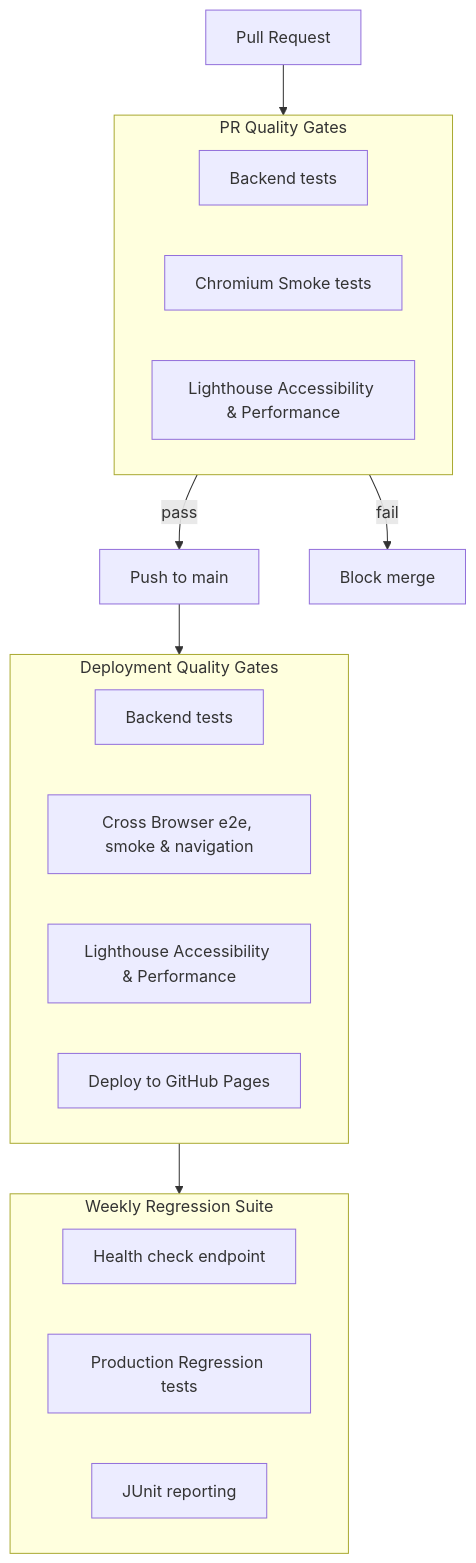
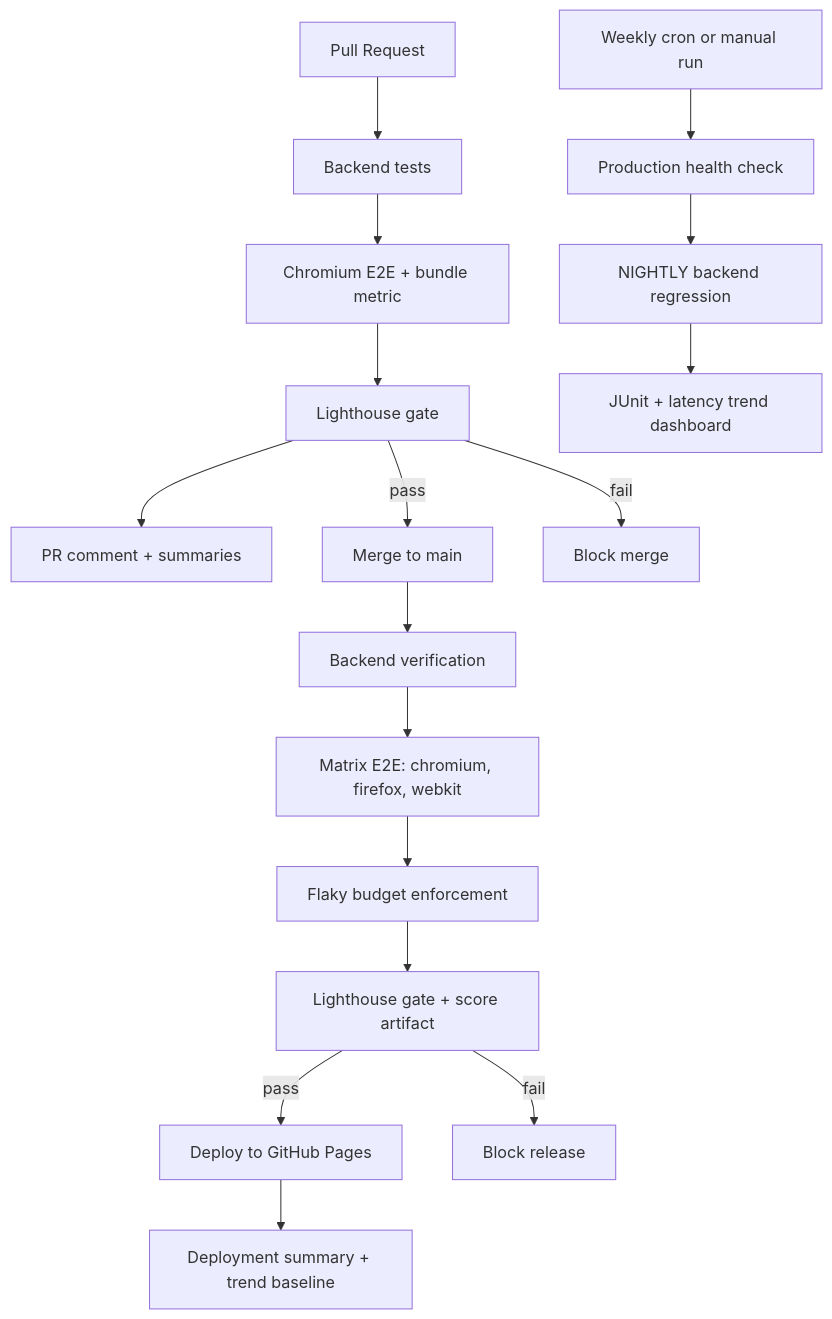
The third of 4 diagrams in README.md (David101111101/PortfolioReactAppRepo), drawn with Mermaid before and after one commit. The commit also changed other lines of this file and 9 other files, not shown here.

````diff
--- a/README.md
+++ b/README.md
@@ -109,32 +102,21 @@
 ```mermaid
 flowchart TD
-   PR[Pull Request] --> PRGate
+   PR[Pull Request] --> PRBackend[Backend tests]
+   PRBackend --> PRE2E[Chromium E2E + bundle metric]
+   PRE2E --> PRLH[Lighthouse gate]
+   PRLH --> PRComment[PR comment + summaries]
+   PRLH -->|pass| Merge[Merge to main]
+   PRLH -->|fail| BlockMerge[Block merge]
 
-   subgraph PRGate[PR Quality Gates]
-      PRBackend[Backend tests]
-      PRE2E[Chromium Smoke tests]
-      PRLH[Lighthouse Accessibility & Performance]
-   end
+   Merge --> DepBackend[Backend verification]
+   DepBackend --> DepE2E[Matrix E2E: chromium, firefox, webkit]
+   DepE2E --> FlakyBudget[Flaky budget enforcement]
+   FlakyBudget --> DepLH[Lighthouse gate + score artifact]
+   DepLH -->|pass| Pages[Deploy to GitHub Pages]
+   DepLH -->|fail| BlockRelease[Block release]
+   Pages --> ReleaseSummary[Deployment summary + trend baseline]
 
-   PRGate -->|pass| MainPush[Push to main]
-   PRGate -->|fail| BlockMerge[Block merge]
-
-   MainPush --> DeployGate
-   subgraph DeployGate[Deployment Quality Gates]
-      DepBackend[Backend tests]
-      DepE2E[Cross Browser e2e, smoke & navigation]
-      DepLH[Lighthouse Accessibility & Performance]
-      Pages[Deploy to GitHub Pages]
-   end
-
-   DeployGate --> 
-   Weekly[Weekly scheduled regression]
-   
-   subgraph Weekly[Weekly Regression Suite]
-
-   
-      Health[Health check endpoint]
-      NightlyFlag[Production Regression tests]
-      JUnit[JUnit reporting]
-   end
+   WeeklyTrigger[Weekly cron or manual run] --> Health[Production health check]
+   Health --> WeeklyTests[NIGHTLY backend regression]
+   WeeklyTests --> WeeklyReport[JUnit + latency trend dashboard]
 ```
````
